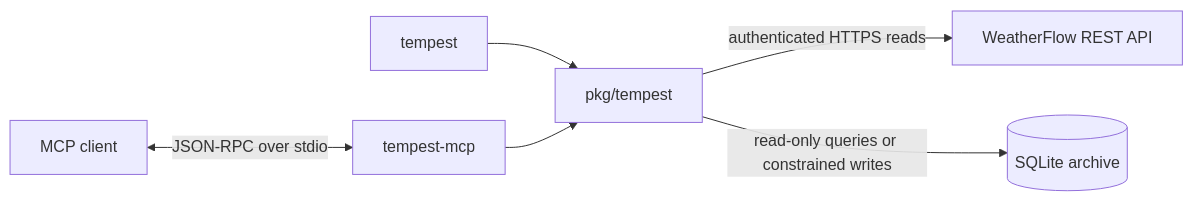
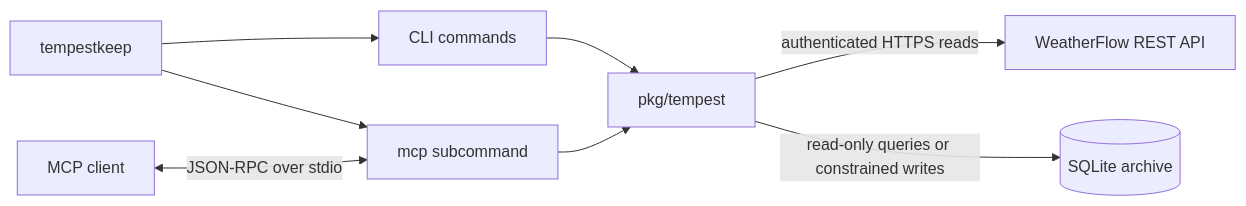
The diagram in docs/architecture.md (lennrt/tempestkeep), drawn with Mermaid before and after one commit. The commit also changed other lines of this file and 70 other files, not shown here.

````diff
--- a/docs/architecture.md
+++ b/docs/architecture.md
@@ -9,15 +9,18 @@
 ```mermaid
 flowchart LR
     WF[WeatherFlow REST API]
-    CLI[tempest]
-    MCP[tempest-mcp]
+    APP[tempestkeep]
+    CLI[CLI commands]
+    MCP[mcp subcommand]
     CORE[pkg/tempest]
     DB[(SQLite archive)]
     CLIENT[MCP client]
 
+    APP --> CLI
+    APP --> MCP
     CLI --> CORE
     MCP --> CORE
     CORE -->|authenticated HTTPS reads| WF
     CORE -->|read-only queries or constrained writes| DB
     CLIENT <-->|JSON-RPC over stdio| MCP
 ```
````
